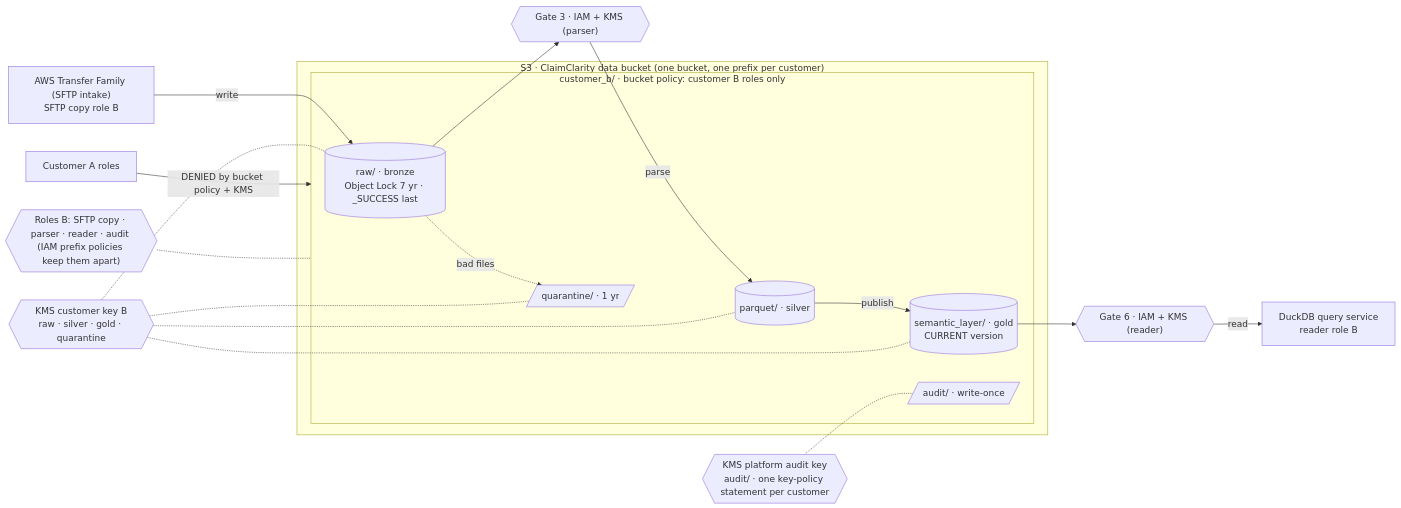
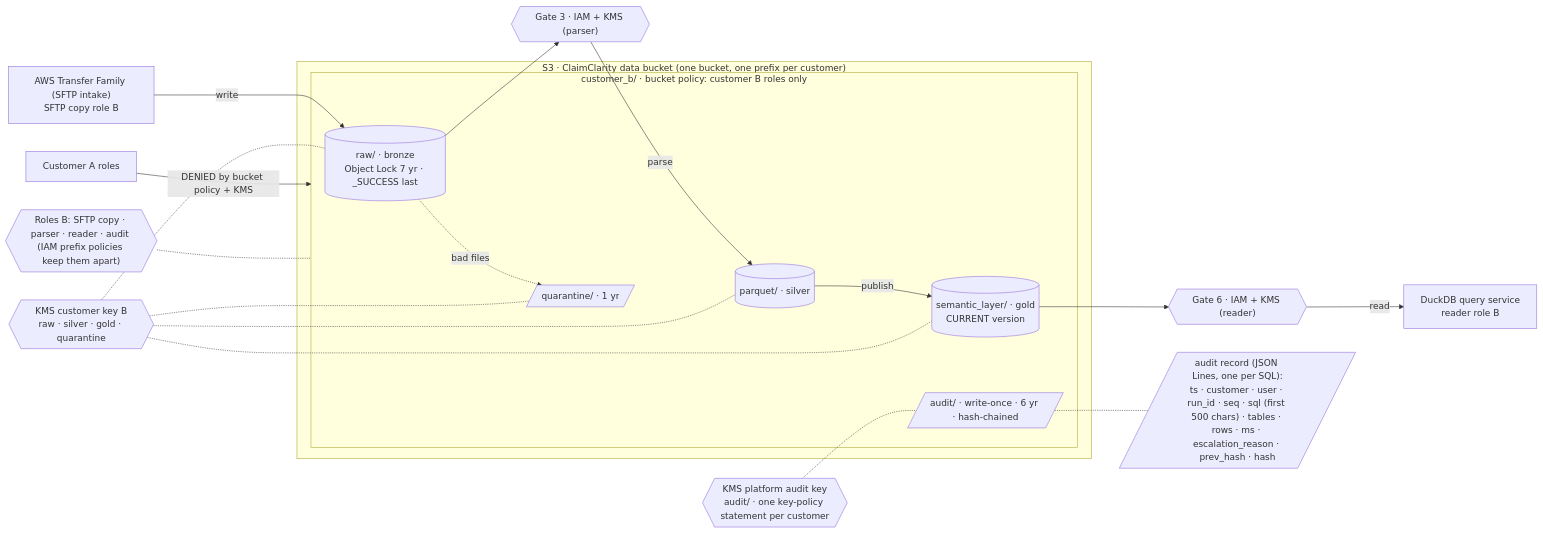
Before and after one commit to Peter-Shamoun/cc: the diagram in docs/architecture/drilldowns/00-storage.mmd, drawn with Mermaid. The commit also changed 20 other files, not shown here.

First line of the commit message:
Main board: query audit (audit/ row, JSON Lines record, written by the DuckDB query service); brief: no alarm fallback

```diff
--- a/docs/architecture/drilldowns/00-storage.mmd
+++ b/docs/architecture/drilldowns/00-storage.mmd
@@ -1,32 +1,34 @@
 %% 00 Storage & isolation. Source of truth for the drill-down. Gates are nodes on the edges they guard.
 %% Chat transcripts / conversation storage are out of scope (no conversations/, run-events/, transcript role or key).
 %% No landing or staging prefix: SFTP writes straight to raw/; the batch lease is a lock owned by the parser (see 01).
 flowchart LR
   sftp["AWS Transfer Family (SFTP intake)<br/>SFTP copy role B"]
   custA["Customer A roles"]
   subgraph bucket["S3 · ClaimClarity data bucket (one bucket, one prefix per customer)"]
     subgraph prefB["customer_b/ · bucket policy: customer B roles only"]
       raw[("raw/ · bronze<br/>Object Lock 7 yr · _SUCCESS last")]
       silver[("parquet/ · silver")]
       gold[("semantic_layer/ · gold<br/>CURRENT version")]
       quarantine[/"quarantine/ · 1 yr"/]
-      audit[/"audit/ · write-once"/]
+      audit[/"audit/ · write-once · 6 yr · hash-chained"/]
     end
   end
   qs["DuckDB query service<br/>reader role B"]
   keyB{{"KMS customer key B<br/>raw · silver · gold · quarantine"}}
   keyAudit{{"KMS platform audit key<br/>audit/ · one key-policy statement per customer"}}
   roles{{"Roles B: SFTP copy · parser · reader · audit (IAM prefix policies keep them apart)"}}
 
   sftp -->|write| raw
   raw --> g3{{"Gate 3 · IAM + KMS (parser)"}} -->|parse| silver
   silver -->|publish| gold
   raw -.->|bad files| quarantine
   gold --> g6{{"Gate 6 · IAM + KMS (reader)"}} -->|read| qs
   custA -->|DENIED by bucket policy + KMS| prefB
   keyB -.- raw
   keyB -.- silver
   keyB -.- gold
   keyB -.- quarantine
   keyAudit -.- audit
+  record[/"audit record (JSON Lines, one per SQL):<br/>ts · customer · user · run_id · seq · sql (first 500 chars) · tables · rows · ms · escalation_reason · prev_hash · hash"/]
+  audit -.- record
   roles -.- prefB
```
